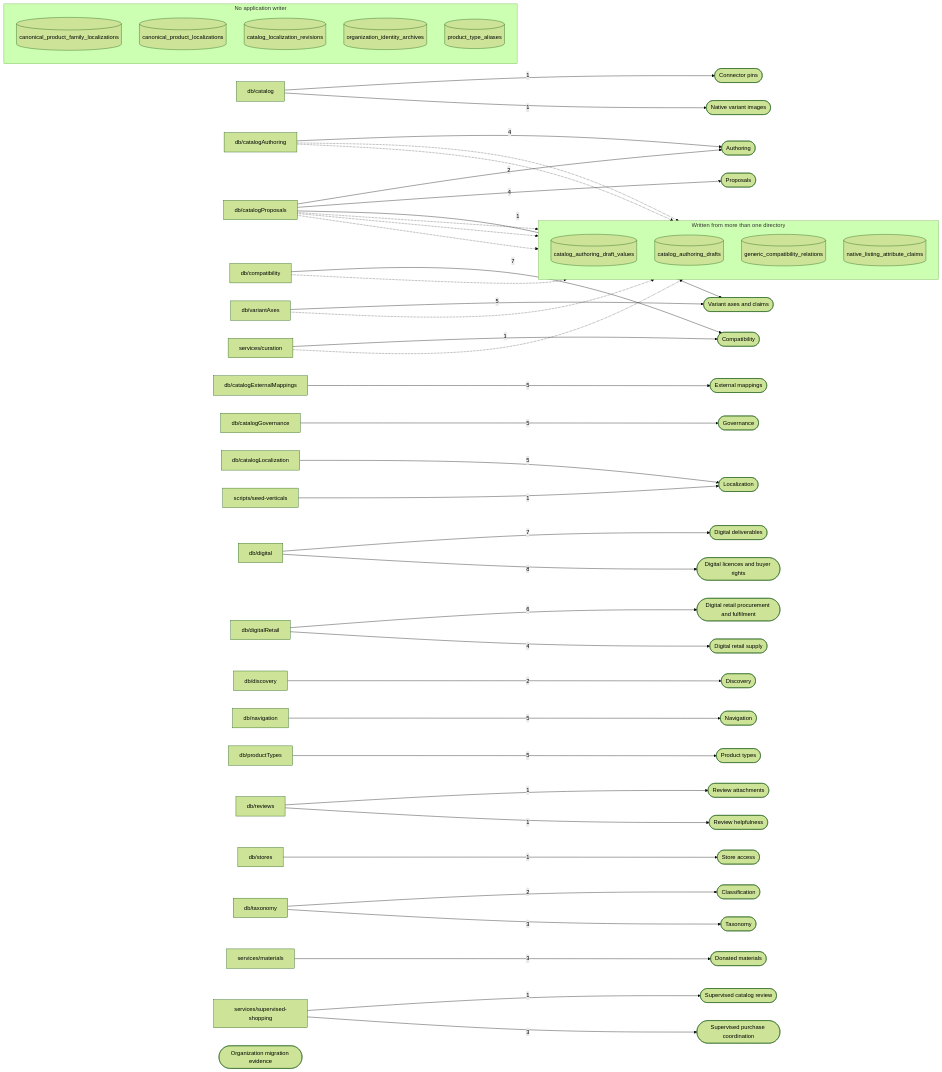
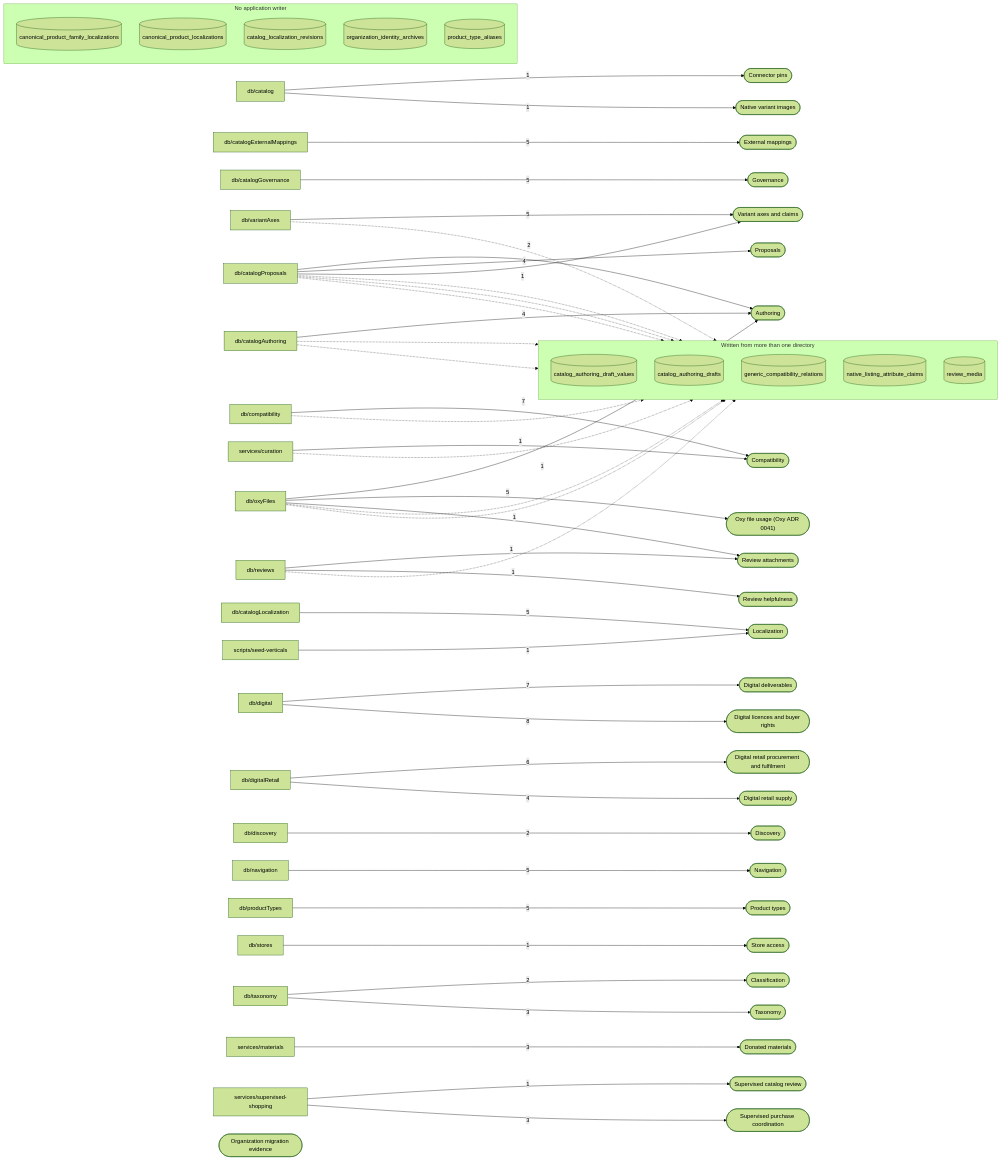
The second of 28 diagrams in docs/catalog-architecture-diagrams.md (OxyHQ/Mercaria), drawn with Mermaid (forest theme) before and after one commit. The commit also changed other lines of this file and 32 other files, not shown here.

First line of the commit message:
feat(media): register every Oxy file use — trigger outbox, reconciliation, file events, application-media backfill

```diff
--- a/docs/catalog-architecture-diagrams.md
+++ b/docs/catalog-architecture-diagrams.md
@@ -235,6 +236,7 @@
     W_db_digitalRetail["db/digitalRetail"]
     W_db_discovery["db/discovery"]
     W_db_navigation["db/navigation"]
+    W_db_oxyFiles["db/oxyFiles"]
     W_db_productTypes["db/productTypes"]
     W_db_reviews["db/reviews"]
     W_db_stores["db/stores"]
@@ -269,6 +271,7 @@
     M_Supervised_catalog_review(["Supervised catalog review"])
     M_Supervised_purchase_coordination(["Supervised purchase coordination"])
     M_Store_access(["Store access"])
+    M_Oxy_file_usage__Oxy_ADR_0041_(["Oxy file usage (Oxy ADR 0041)"])
     W_db_catalog -->|"1"| M_Connector_pins
     W_db_catalog -->|"1"| M_Native_variant_images
     W_db_catalogAuthoring -->|"4"| M_Authoring
@@ -285,6 +288,9 @@
     W_db_digitalRetail -->|"4"| M_Digital_retail_supply
     W_db_discovery -->|"2"| M_Discovery
     W_db_navigation -->|"5"| M_Navigation
+    W_db_oxyFiles -->|"1"| M_Authoring
+    W_db_oxyFiles -->|"5"| M_Oxy_file_usage__Oxy_ADR_0041_
+    W_db_oxyFiles -->|"1"| M_Review_attachments
     W_db_productTypes -->|"5"| M_Product_types
     W_db_reviews -->|"1"| M_Review_attachments
     W_db_reviews -->|"1"| M_Review_helpfulness
@@ -303,15 +309,19 @@
         T_catalog_authoring_drafts[("catalog_authoring_drafts")]
         T_generic_compatibility_relations[("generic_compatibility_relations")]
         T_native_listing_attribute_claims[("native_listing_attribute_claims")]
+        T_review_media[("review_media")]
     end
     W_db_catalogAuthoring -.-> T_catalog_authoring_draft_values
     W_db_catalogProposals -.-> T_catalog_authoring_draft_values
     W_db_catalogAuthoring -.-> T_catalog_authoring_drafts
     W_db_catalogProposals -.-> T_catalog_authoring_drafts
+    W_db_oxyFiles -.-> T_catalog_authoring_drafts
     W_db_compatibility -.-> T_generic_compatibility_relations
     W_services_curation -.-> T_generic_compatibility_relations
     W_db_catalogProposals -.-> T_native_listing_attribute_claims
     W_db_variantAxes -.-> T_native_listing_attribute_claims
+    W_db_oxyFiles -.-> T_review_media
+    W_db_reviews -.-> T_review_media
     subgraph unwritten["No application writer"]
         direction TB
         T_canonical_product_family_localizations[("canonical_product_family_localizations")]
```
